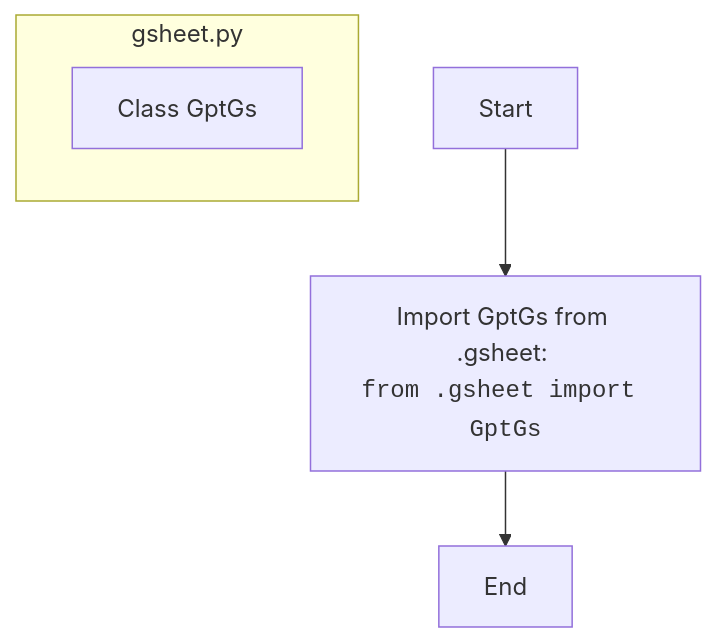
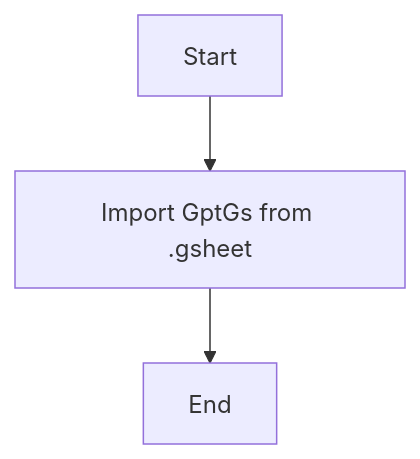
One commit to hypo69/hypo changed the diagram in docs/gemini/ru/explainer/src/suppliers/chat_gpt/__init__.py.md. Above: the diagram before and after it, drawn with Mermaid. The commit also changed other lines of this file and 1505 other files, not shown here.

````diff
--- a/docs/gemini/ru/explainer/src/suppliers/chat_gpt/__init__.py.md
+++ b/docs/gemini/ru/explainer/src/suppliers/chat_gpt/__init__.py.md
@@ -12,10 +11,5 @@
 ```mermaid
 flowchart TD
-    Start --> ImportGptGs[Import GptGs from .gsheet: <br><code>from .gsheet import GptGs</code>]
+    Start --> ImportGptGs[Import GptGs from .gsheet]
     ImportGptGs --> End
-    
-    subgraph gsheet.py
-    	GptGsClass[Class GptGs]
-        
-    end
 ```
````
